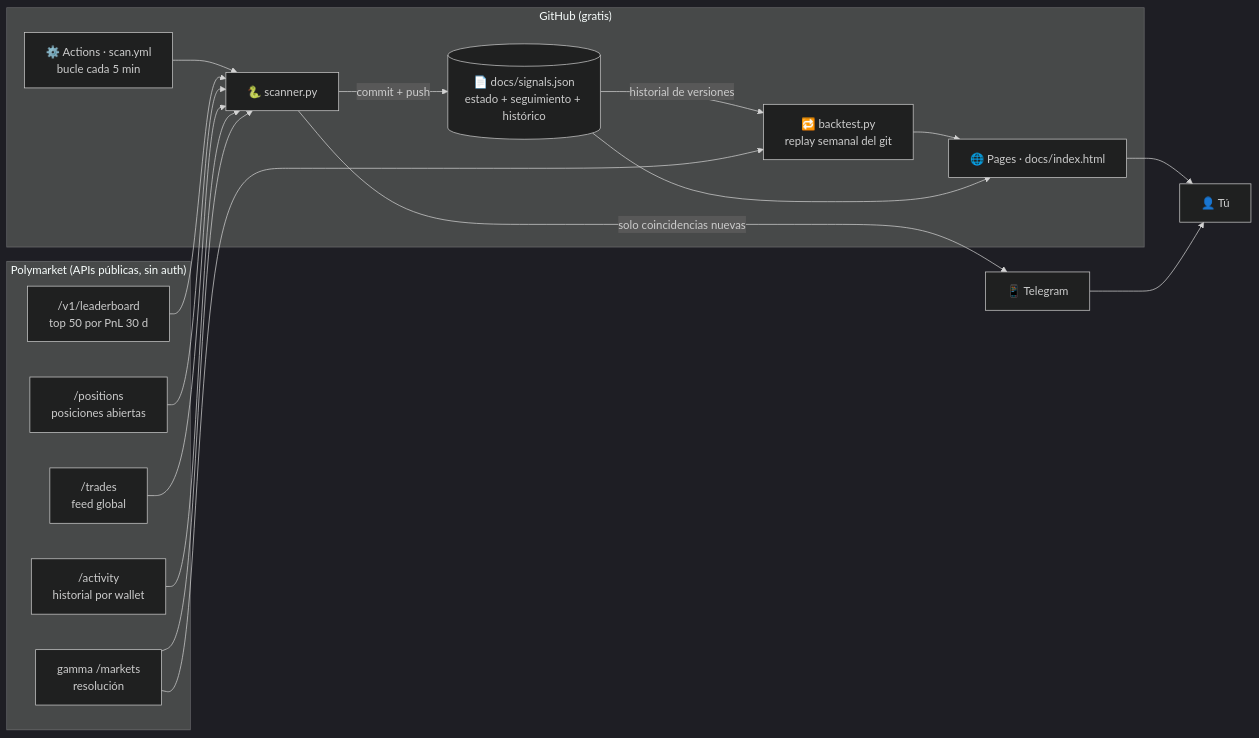
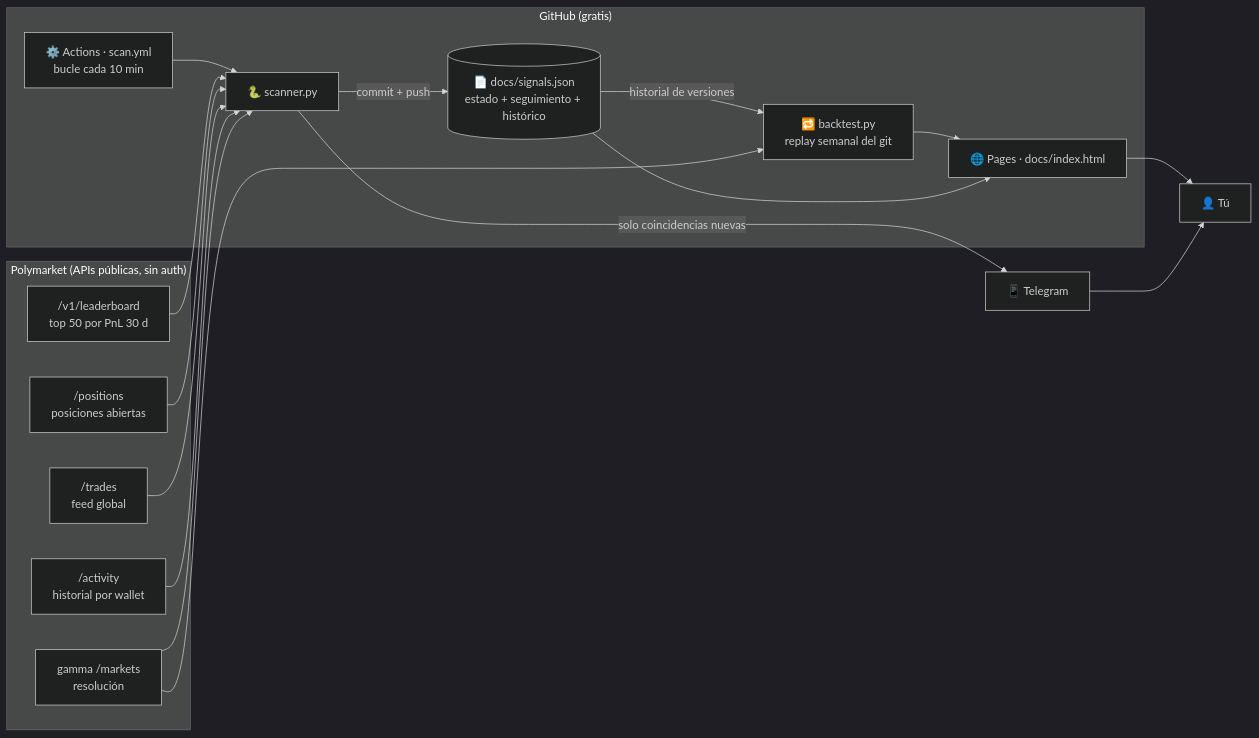
The first of 4 diagrams in README.md (edulabrador/polymarket-smart-money), drawn with Mermaid (dark theme) before and after one commit. The commit also changed other lines of this file and 3 other files, not shown here.

First line of the commit message:
Escaneo cada 10 min y compras nuevas sin coberturas (#5)

````diff
--- a/README.md
+++ b/README.md
@@ -149,32 +149,32 @@
 ```mermaid
 flowchart LR
     subgraph PM["Polymarket (APIs públicas, sin auth)"]
         LB["/v1/leaderboard<br/>top 50 por PnL 30 d"]
         POS["/positions<br/>posiciones abiertas"]
         TR["/trades<br/>feed global"]
         ACT["/activity<br/>historial por wallet"]
         GM["gamma /markets<br/>resolución"]
     end
 
     subgraph GH["GitHub (gratis)"]
-        A["⚙️ Actions · scan.yml<br/>bucle cada 5 min"]
+        A["⚙️ Actions · scan.yml<br/>bucle cada 10 min"]
         S["🐍 scanner.py"]
         J[("📄 docs/signals.json<br/>estado + seguimiento + histórico")]
         B["🔁 backtest.py<br/>replay semanal del git"]
         P["🌐 Pages · docs/index.html"]
     end
 
     T["📱 Telegram"]
     U["👤 Tú"]
 
     A --> S
     LB & POS & TR & ACT & GM --> S
     S -->|commit + push| J
     J -->|historial de versiones| B
     GM --> B
     B --> P
     J --> P
     S -->|solo coincidencias nuevas| T
     P --> U
     T --> U
 ```
````
